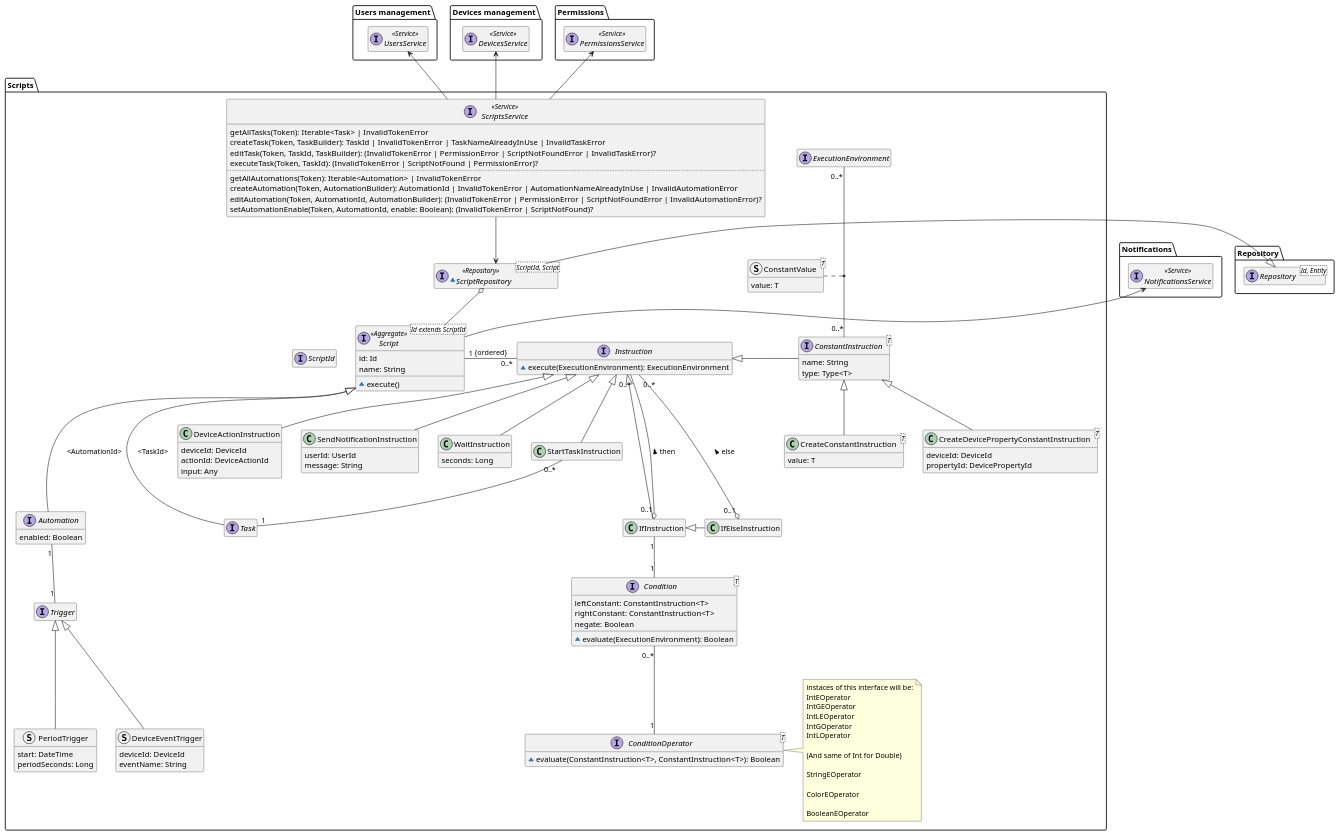
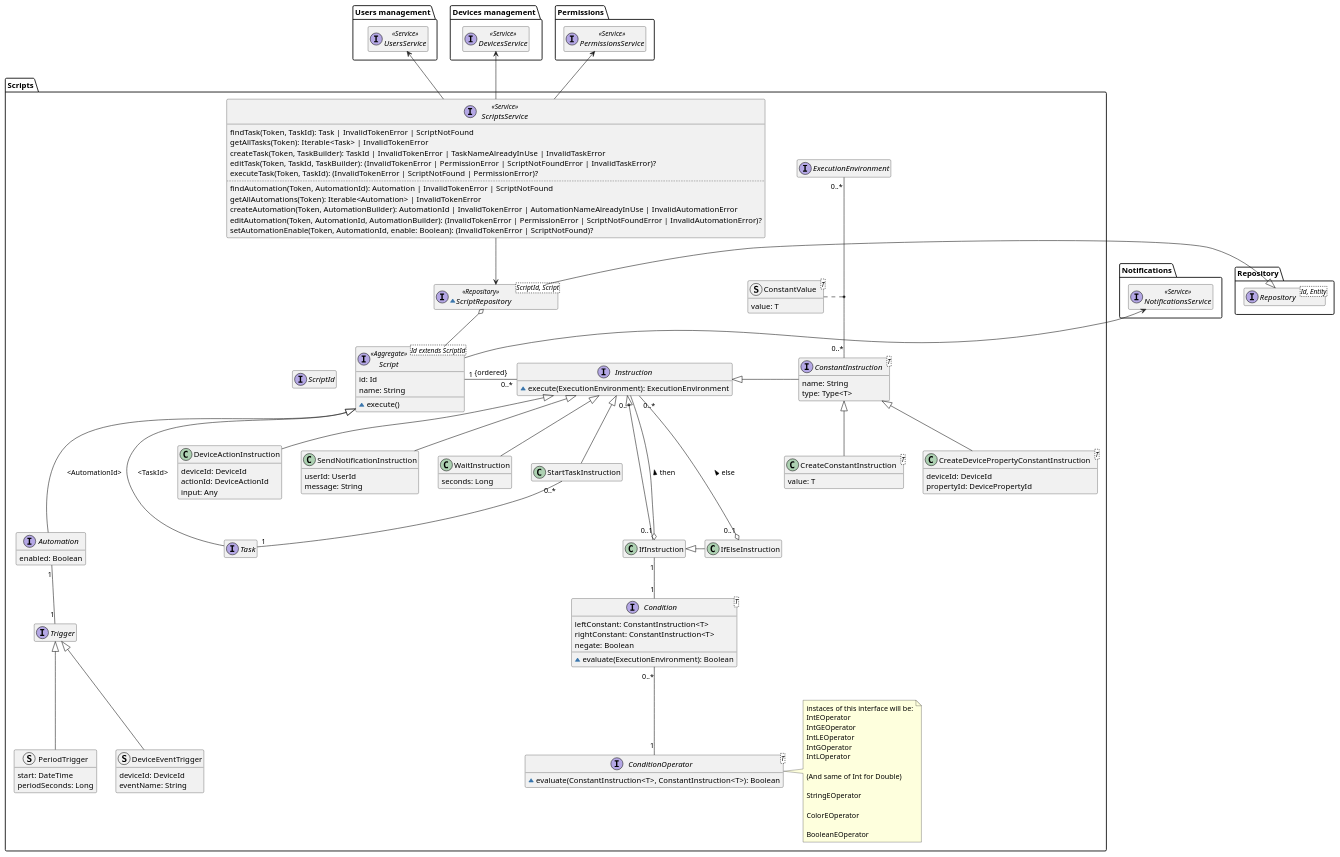
The diagram in diagrams/src/scripts-domain-model.puml (DomoticASW/.github), drawn with PlantUML before and after one commit. The commit also changed 2 other files, not shown here.

Commit message:
Description of script domain model diagram

```diff
--- a/diagrams/src/scripts-domain-model.puml
+++ b/diagrams/src/scripts-domain-model.puml
@@ -1,163 +1,165 @@
 @startuml scripts-domain-model
 
 hide empty members
 package Repository{
     interface Repository<Id, Entity>
 }
 
 package "Users management" as UsersManagement {
     interface UsersService <<Service>>
 }
 
 package "Devices management" as DevicesManagement {
     interface DevicesService <<Service>>
 }
 
 package Permissions {
     interface PermissionsService <<Service>>
 }
 
 package Notifications {
     interface NotificationsService <<Service>>
 }
 
 package "Scripts" {
 
     interface ScriptId
 
     interface Script<Id extends ScriptId> <<Aggregate>> {
         id: Id
         name: String
         ~execute()
     }
 
     interface Task
     interface Automation {
         enabled: Boolean
     }
 
     interface Trigger
 
     struct DeviceEventTrigger extends Trigger {
         deviceId: DeviceId
         eventName: String
     }
 
     struct PeriodTrigger extends Trigger {
         start: DateTime
         periodSeconds: Long
     }
 
     interface Instruction {
         ~execute(ExecutionEnvironment): ExecutionEnvironment
     }
     class StartTaskInstruction extends Instruction
 
     class DeviceActionInstruction extends Instruction {
         deviceId: DeviceId
         actionId: DeviceActionId
         input: Any
     }
 
     class IfInstruction
 
     class IfElseInstruction
 
     class SendNotificationInstruction extends Instruction {
         userId: UserId
         message: String
     }
 
     class WaitInstruction extends Instruction {
         seconds: Long
     }
 
     interface ConstantInstruction<T> {
         name: String
         type: Type<T>
     }
 
     class CreateDevicePropertyConstantInstruction<T> extends ConstantInstruction {
         deviceId: DeviceId
         propertyId: DevicePropertyId
     }
 
     class CreateConstantInstruction<T> extends ConstantInstruction {
         value: T
     }
 
     interface Condition<T> {
         leftConstant: ConstantInstruction<T>
         rightConstant: ConstantInstruction<T>
         negate: Boolean
         ~evaluate(ExecutionEnvironment): Boolean
     }
 
     interface ConditionOperator<T> {
         ~evaluate(ConstantInstruction<T>, ConstantInstruction<T>): Boolean
     }
 
     note right of ConditionOperator
         instaces of this interface will be:
         IntEOperator
         IntGEOperator
         IntLEOperator
         IntGOperator
         IntLOperator
 
         (And same of Int for Double)
 
         StringEOperator
 
         ColorEOperator
 
         BooleanEOperator
     end note
 
     interface ExecutionEnvironment
 
     struct ConstantValue<T> {
         value: T
     }
 
     ExecutionEnvironment "0..*" -- "0..*" ConstantInstruction
     ConstantValue .. (ExecutionEnvironment, ConstantInstruction)
 
     ~interface ScriptRepository<ScriptId, Script> <<Repository>> {
     }
     ScriptRepository -l-|> Repository.Repository
     ScriptRepository o-- Script
 
     interface ScriptsService <<Service>> {
+        findTask(Token, TaskId): Task | InvalidTokenError | ScriptNotFound
         getAllTasks(Token): Iterable<Task> | InvalidTokenError
         createTask(Token, TaskBuilder): TaskId | InvalidTokenError | TaskNameAlreadyInUse | InvalidTaskError
         editTask(Token, TaskId, TaskBuilder): (InvalidTokenError | PermissionError | ScriptNotFoundError | InvalidTaskError)?
         executeTask(Token, TaskId): (InvalidTokenError | ScriptNotFound | PermissionError)?
         ..
+        findAutomation(Token, AutomationId): Automation | InvalidTokenError | ScriptNotFound
         getAllAutomations(Token): Iterable<Automation> | InvalidTokenError
         createAutomation(Token, AutomationBuilder): AutomationId | InvalidTokenError | AutomationNameAlreadyInUse | InvalidAutomationError
         editAutomation(Token, AutomationId, AutomationBuilder): (InvalidTokenError | PermissionError | ScriptNotFoundError | InvalidAutomationError)?
         setAutomationEnable(Token, AutomationId, enable: Boolean): (InvalidTokenError | ScriptNotFound)?
     }
 
     Script -l[hidden] ScriptId
     Script <|-- Task : "<TaskId>"
     Script <|--- Automation : "<AutomationId>"
     Automation "1" -- "1" Trigger
     Script "1" -r- "0..*" Instruction : "{ordered}"
     IfInstruction --u-|> Instruction
     IfElseInstruction -l-|> IfInstruction
     IfInstruction "0..1" o-u- "0..*" Instruction : "then >"
     IfInstruction "1" -- "1" Condition
     IfElseInstruction "0..1" o-u- "0..*" Instruction : "else >"
     StartTaskInstruction "0..*" -- "1" Task
     Condition "0..*" -- "1" ConditionOperator
     ConstantInstruction -l-|> Instruction
     ScriptsService --> ScriptRepository
     ScriptsService -u-> Permissions.PermissionsService
     ScriptsService -u-> DevicesManagement.DevicesService
     ScriptsService -u-> UsersManagement.UsersService
     Script -u-> Notifications.NotificationsService
 }
 
 @enduml
```
